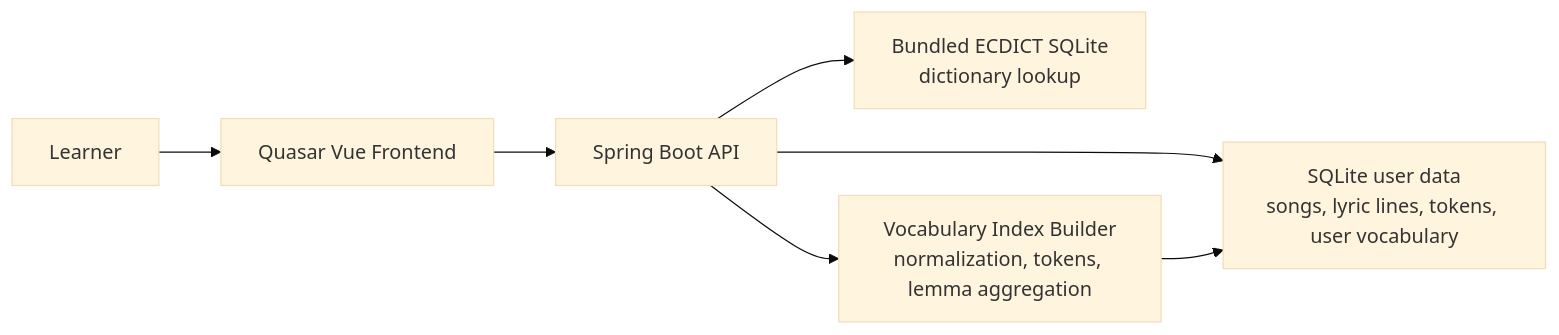
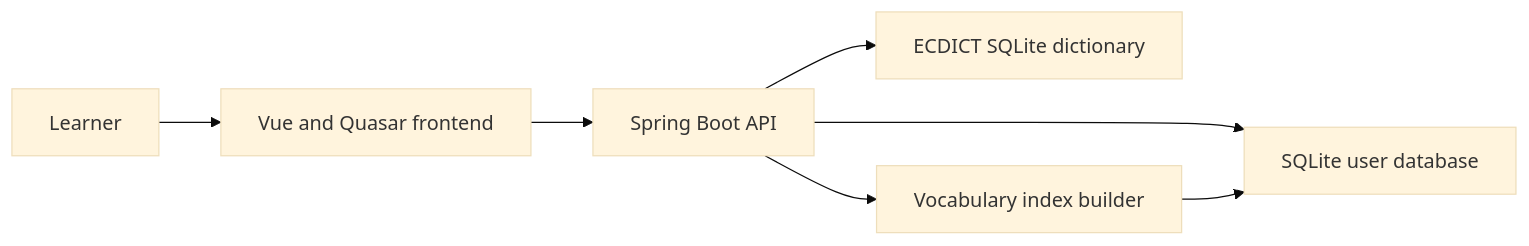
One commit to EachYoungX/IyricVocabularyBuilder changed the second of 2 diagrams in README.md. Above: the diagram before and after it, drawn with Mermaid (base theme). The commit also changed other lines of this file and 19 other files, not shown here.

````diff
--- a/README.md
+++ b/README.md
@@ -50,9 +50,9 @@
 ```mermaid
 flowchart LR
-  User["Learner"] --> UI["Quasar Vue Frontend"]
+  User["Learner"] --> UI["Vue and Quasar frontend"]
   UI --> API["Spring Boot API"]
-  API --> SongDB["SQLite user data<br/>songs, lyric lines, tokens, user vocabulary"]
-  API --> DictDB["Bundled ECDICT SQLite<br/>dictionary lookup"]
-  API --> Indexer["Vocabulary Index Builder<br/>normalization, tokens, lemma aggregation"]
+  API --> SongDB["SQLite user database"]
+  API --> DictDB["ECDICT SQLite dictionary"]
+  API --> Indexer["Vocabulary index builder"]
   Indexer --> SongDB
 ```
````
